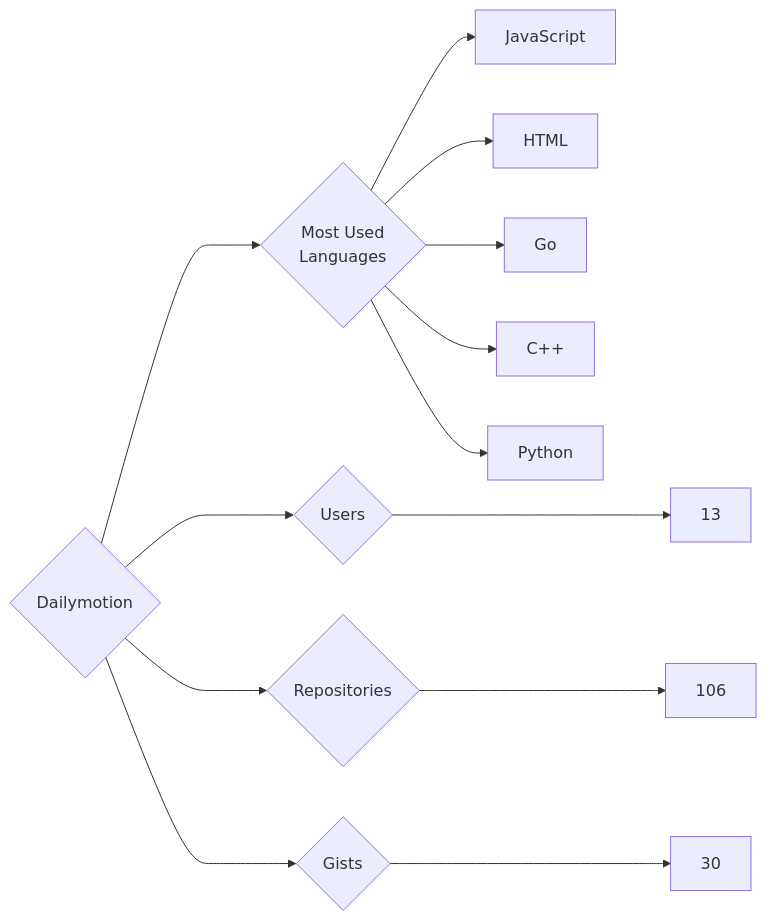
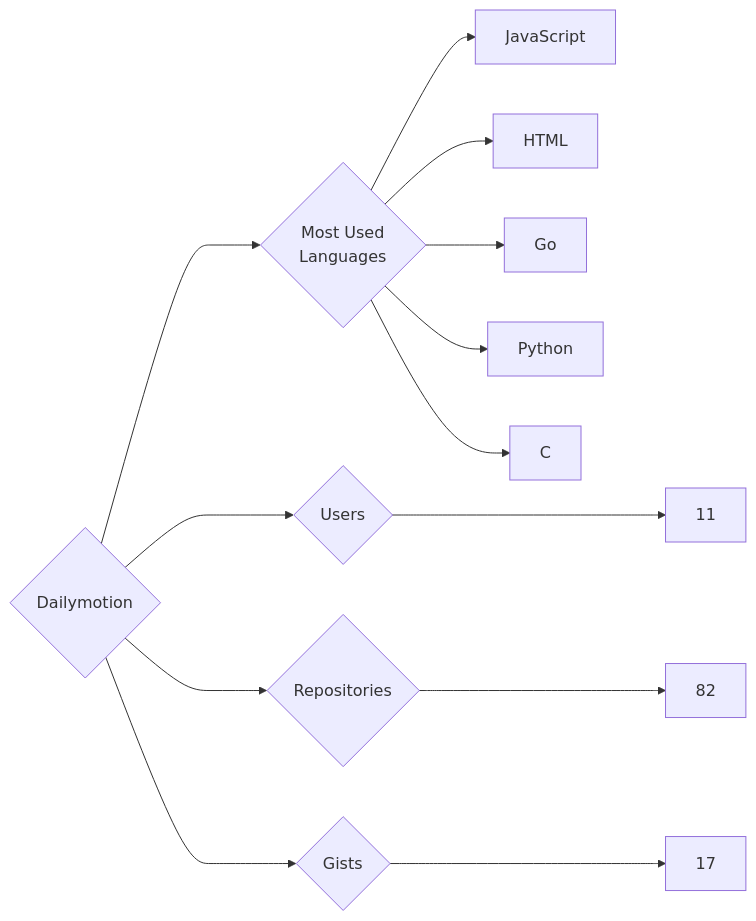
Before and after one commit to trickest/insiders: the diagram in targets/Dailymotion/README.md, drawn with Mermaid. The commit also changed 748 other files, not shown here.

````diff
--- a/targets/Dailymotion/README.md
+++ b/targets/Dailymotion/README.md
@@ -3,13 +3,13 @@
 ```mermaid
 graph LR
 COMPANY_NAME{Dailymotion}
-COMPANY_NAME ---> U{Users} ---> UN[13]
-COMPANY_NAME ---> R{Repositories} ---> RN[106]
-COMPANY_NAME ---> G{Gists} ---> GN[30]
+COMPANY_NAME ---> U{Users} ---> UN[11]
+COMPANY_NAME ---> R{Repositories} ---> RN[82]
+COMPANY_NAME ---> G{Gists} ---> GN[17]
 COMPANY_NAME ---> ML{Most Used<br>Languages}
 ML --> JavaScript[JavaScript]
 ML --> HTML[HTML]
 ML --> Go[Go]
-ML --> C++[C++]
 ML --> Python[Python]
+ML --> C[C]
 ```
````
